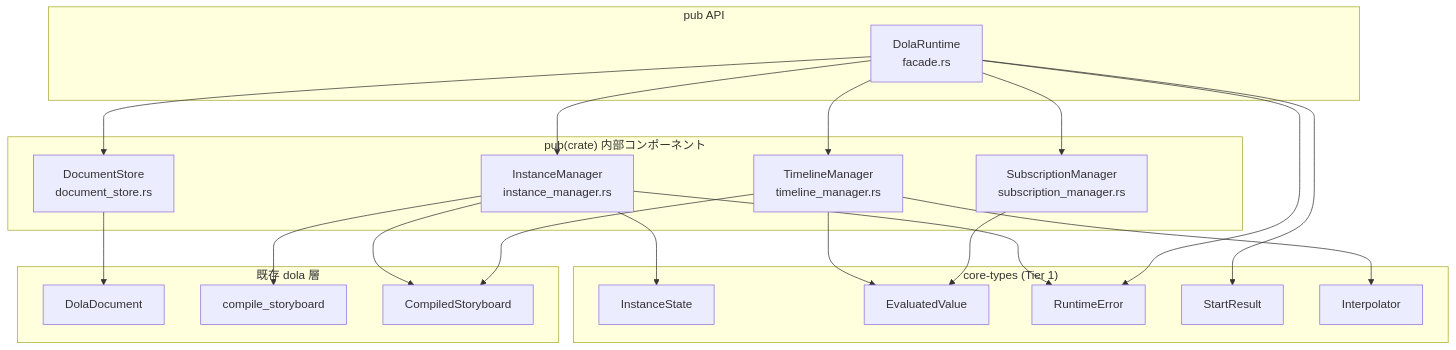
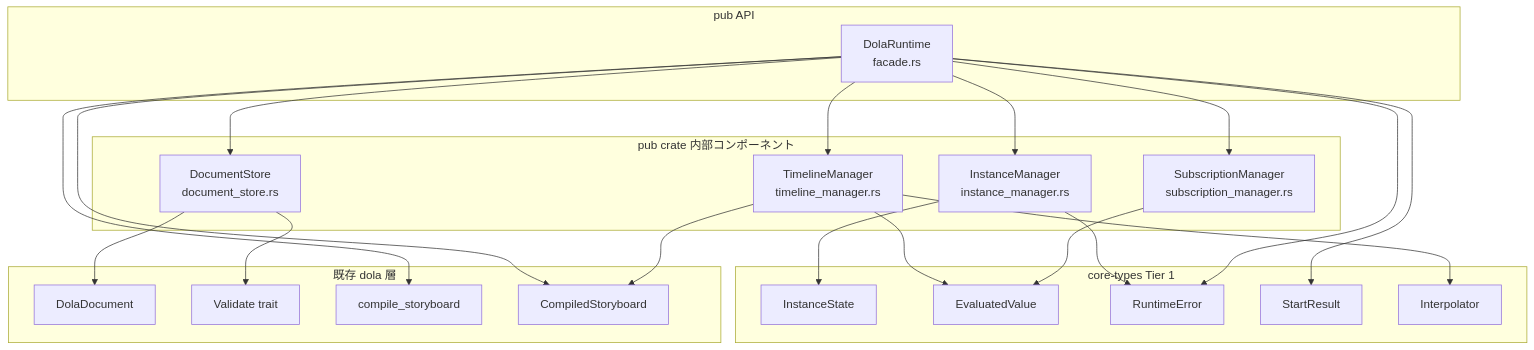
The first of 5 diagrams in .kiro/specs/dola-runtime-3-facade/design.md (ekicyou/areka), drawn with Mermaid before and after one commit. The commit also changed other lines of this file and 2 other files, not shown here.

````diff
--- a/.kiro/specs/dola-runtime-3-facade/design.md
+++ b/.kiro/specs/dola-runtime-3-facade/design.md
@@ -55,43 +61,45 @@
 ```mermaid
 graph TB
     subgraph Public["pub API"]
         DR[DolaRuntime<br/>facade.rs]
     end
 
-    subgraph Internal["pub(crate) 内部コンポーネント"]
+    subgraph Internal["pub crate 内部コンポーネント"]
         DS[DocumentStore<br/>document_store.rs]
         IM[InstanceManager<br/>instance_manager.rs]
         TM[TimelineManager<br/>timeline_manager.rs]
         SM[SubscriptionManager<br/>subscription_manager.rs]
     end
 
-    subgraph CoreTypes["core-types (Tier 1)"]
+    subgraph CoreTypes["core-types Tier 1"]
         IS[InstanceState]
         EV[EvaluatedValue]
         RE[RuntimeError]
         SR[StartResult]
         IP[Interpolator]
     end
 
     subgraph Existing["既存 dola 層"]
         Doc[DolaDocument]
+        Val[Validate trait]
         Comp[compile_storyboard]
         CS[CompiledStoryboard]
     end
 
     DR --> DS
     DR --> IM
     DR --> TM
     DR --> SM
     IM --> IS
     IM --> RE
     TM --> IP
     TM --> EV
     SM --> EV
     DR --> RE
     DR --> SR
     DS --> Doc
-    IM --> Comp
-    IM --> CS
+    DS --> Val
+    DR --> Comp
+    DR --> CS
     TM --> CS
 ```
````
